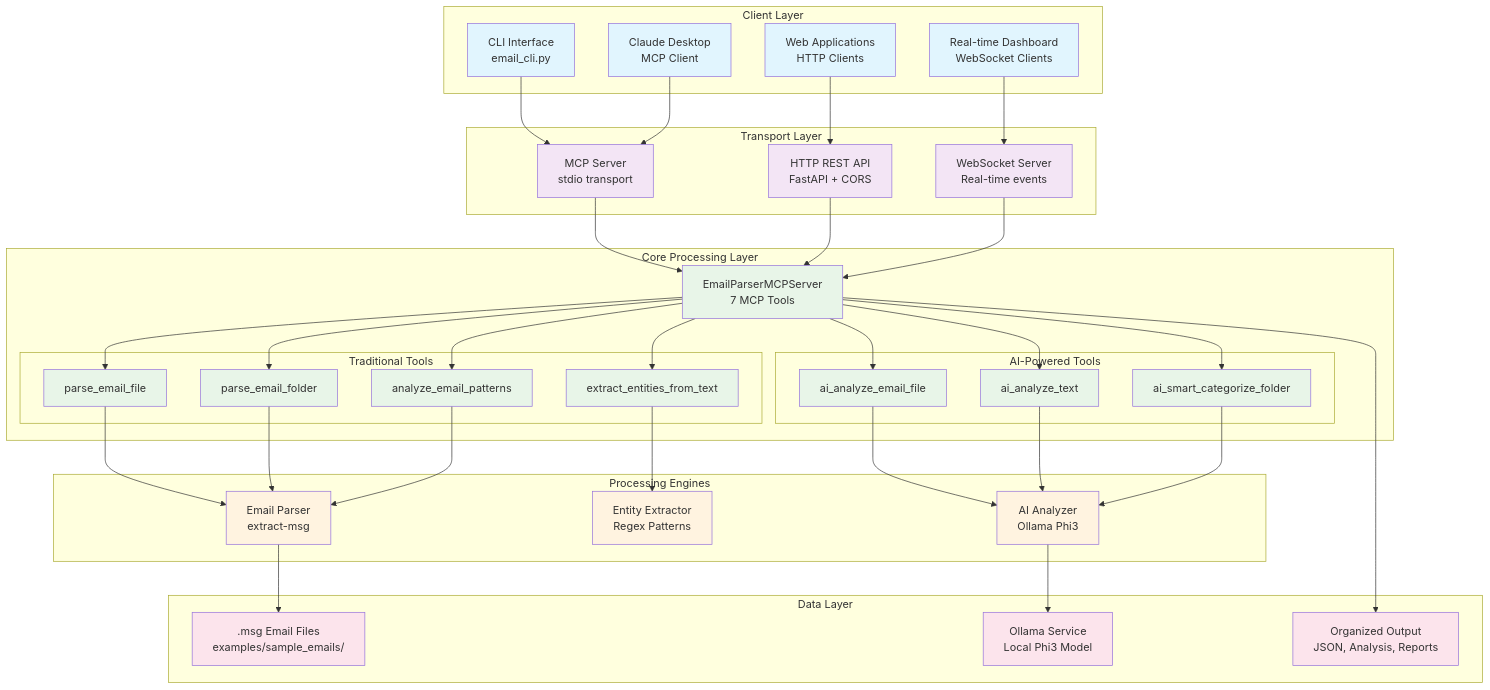
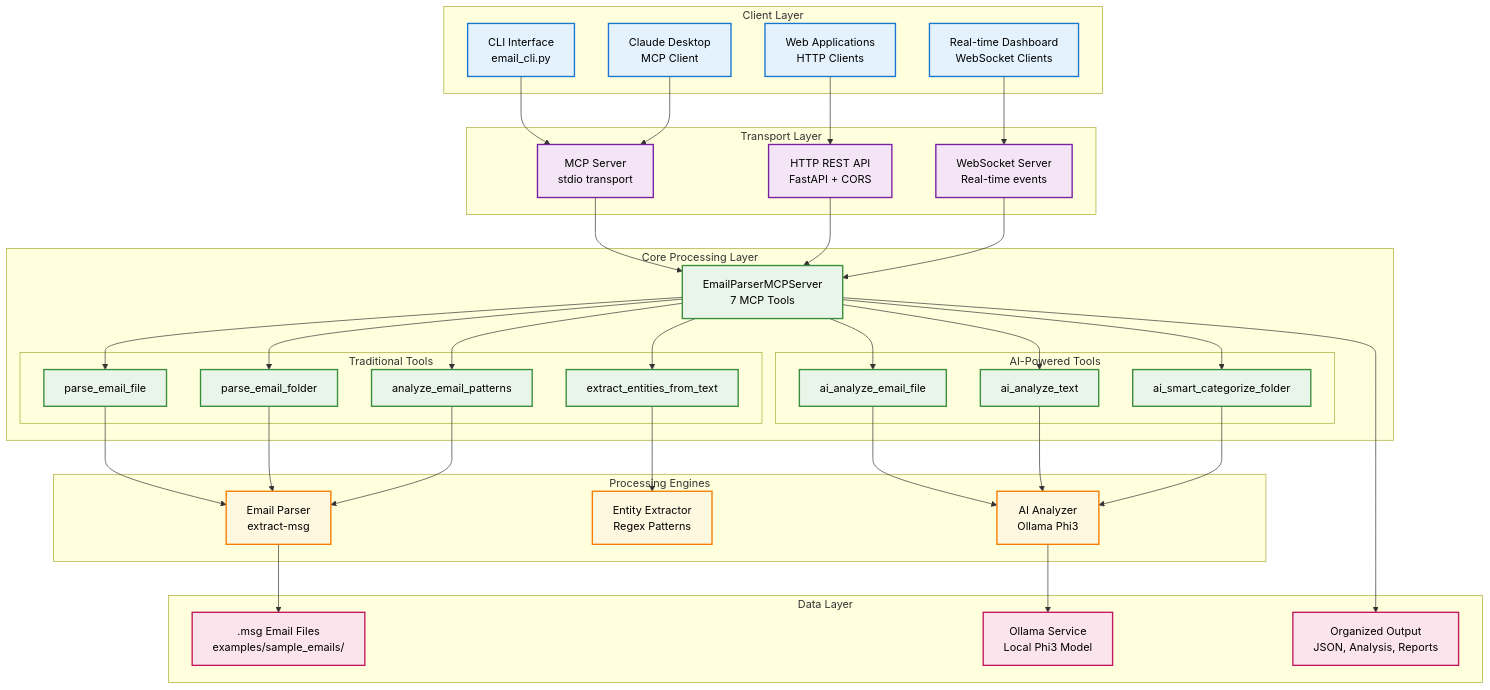
One commit to devraj21/email-parser changed the first of 2 diagrams in README.md. Above: the diagram before and after it, drawn with Mermaid. The commit also changed other lines of this file, not shown here.

Commit message:
readme.md: mermaid diagram updated

```diff
--- a/README.md
+++ b/README.md
@@ -84,12 +84,12 @@
     AI --> Ollama
     Server --> Output
 
-    %% Styling
-    classDef client fill:#e1f5fe
-    classDef transport fill:#f3e5f5
-    classDef core fill:#e8f5e8
-    classDef engine fill:#fff3e0
-    classDef data fill:#fce4ec
+    %% Styling for better visibility on dark/light themes
+    classDef client fill:#e3f2fd,stroke:#1976d2,stroke-width:2px,color:#000
+    classDef transport fill:#f3e5f5,stroke:#7b1fa2,stroke-width:2px,color:#000
+    classDef core fill:#e8f5e8,stroke:#388e3c,stroke-width:2px,color:#000
+    classDef engine fill:#fff8e1,stroke:#f57c00,stroke-width:2px,color:#000
+    classDef data fill:#fce4ec,stroke:#c2185b,stroke-width:2px,color:#000
 
     class CLI,Claude,WebApp,Dashboard client
     class MCP,HTTP,WS transport
```
